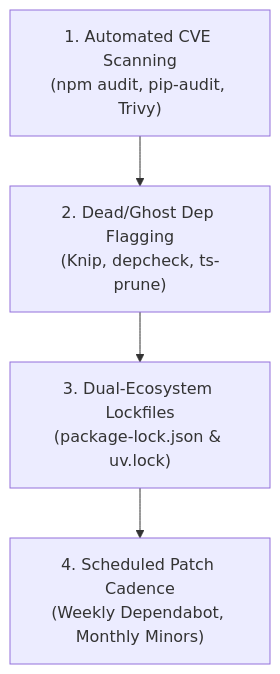
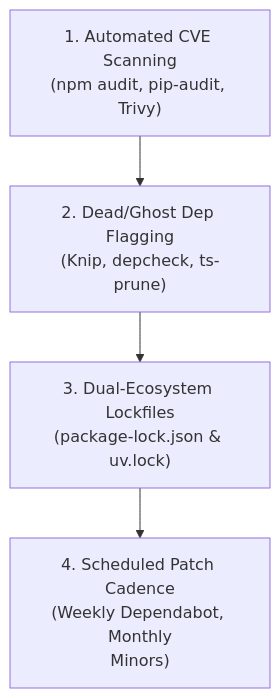
The first of 3 diagrams in docs/audits/2026-11-industry_grade_audit_and_remediation_plan.md (santoshjammi29/data-system-design-handbook), drawn with Mermaid before and after one commit. The commit also changed other lines of this file and 15 other files, not shown here.

Commit message:
fix(diagrams): word-wrap labels and escape comparison operators across all diagrams

````diff
--- a/docs/audits/2026-11-industry_grade_audit_and_remediation_plan.md
+++ b/docs/audits/2026-11-industry_grade_audit_and_remediation_plan.md
@@ -109,6 +109,6 @@
 ```mermaid
 flowchart TD
     A["1. Automated CVE Scanning<br/>(npm audit, pip-audit, Trivy)"] --> B["2. Dead/Ghost Dep Flagging<br/>(Knip, depcheck, ts-prune)"]
     B --> C["3. Dual-Ecosystem Lockfiles<br/>(package-lock.json & uv.lock)"]
-    C --> D["4. Scheduled Patch Cadence<br/>(Weekly Dependabot, Monthly Minors)"]
+    C --> D["4. Scheduled Patch Cadence<br/>(Weekly Dependabot, Monthly<br/>Minors)"]
 ```
````
